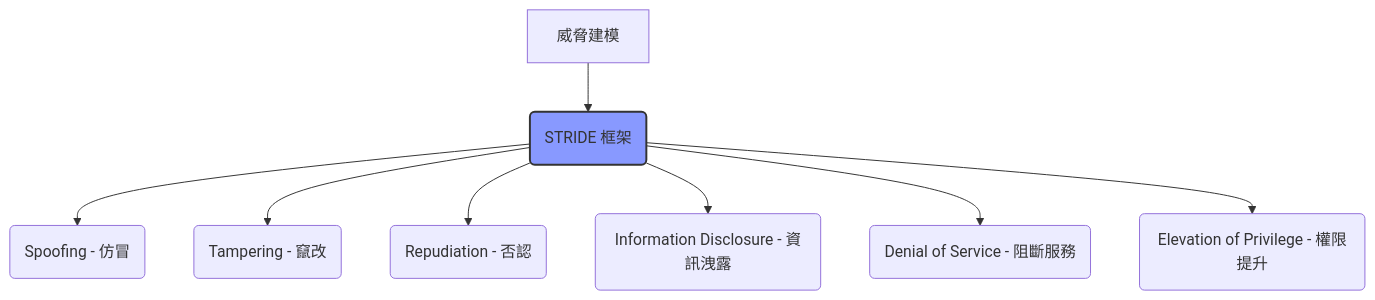
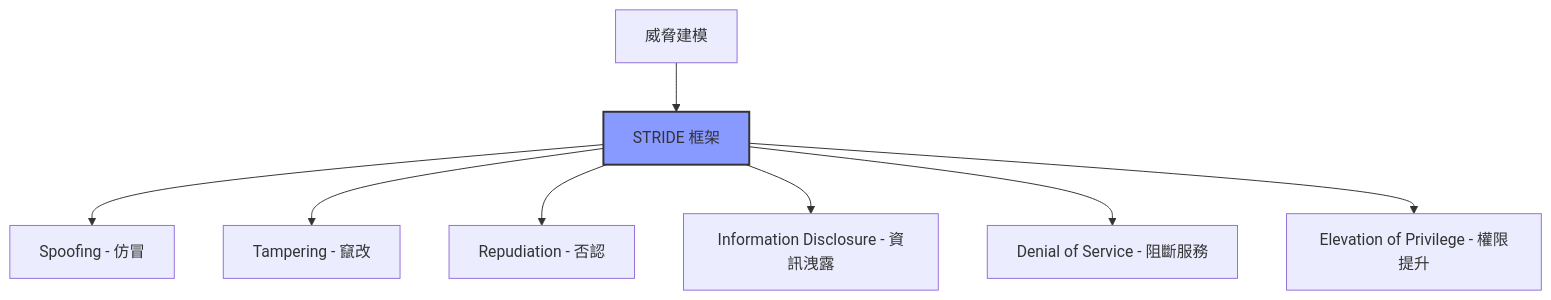
Before and after one commit to Twister5-com-tw-Dev-dep/CISSP-Mindset: the fourth of 8 diagrams in CCSP/FEQ/Domain4-feq.md, drawn with Mermaid. The commit also changed other lines of this file and 1 other file, not shown here.

Commit message:
fix : mermaid errors

````diff
--- a/CCSP/FEQ/Domain4-feq.md
+++ b/CCSP/FEQ/Domain4-feq.md
@@ -112,12 +113,12 @@
 ```mermaid
 graph TD
-    A[威脅建模] --> B(STRIDE 框架);
-    B --> C(Spoofing - 仿冒);
-    B --> D(Tampering - 竄改);
-    B --> E(Repudiation - 否認);
-    B --> F(Information Disclosure - 資訊洩露);
-    B --> G(Denial of Service - 阻斷服務);
-    B --> H(Elevation of Privilege - 權限提升);
+    A[威脅建模] --> B[STRIDE 框架]
+    B --> C[Spoofing - 仿冒]
+    B --> D[Tampering - 竄改]
+    B --> E[Repudiation - 否認]
+    B --> F[Information Disclosure - 資訊洩露]
+    B --> G[Denial of Service - 阻斷服務]
+    B --> H[Elevation of Privilege - 權限提升]
 
     style B fill:#89f,stroke:#333,stroke-width:2px
 ```
````
